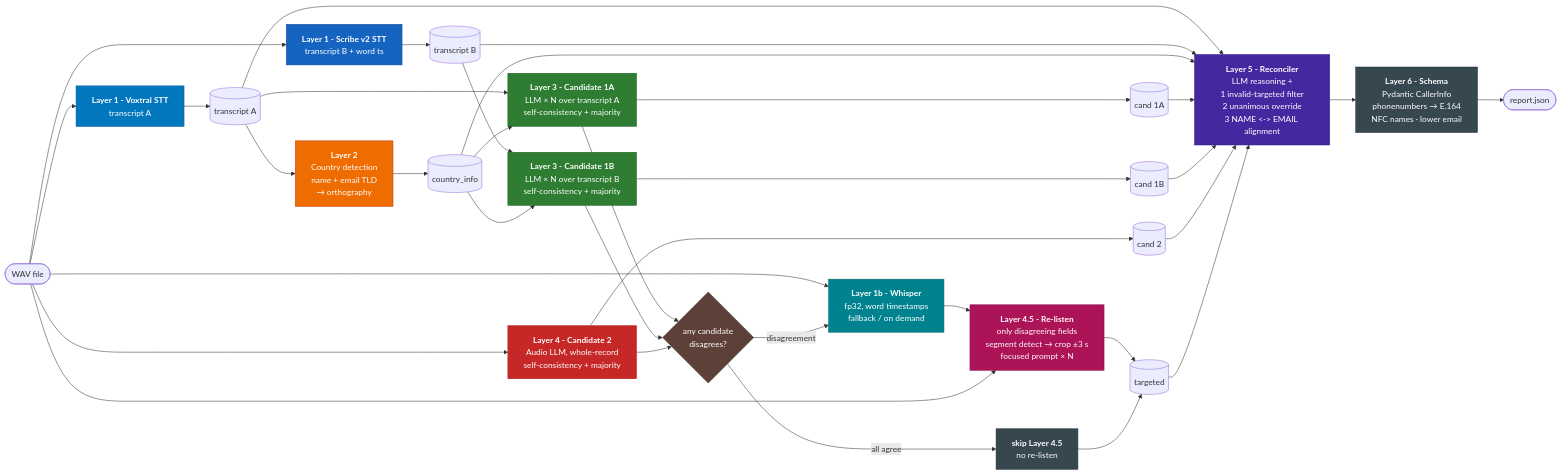
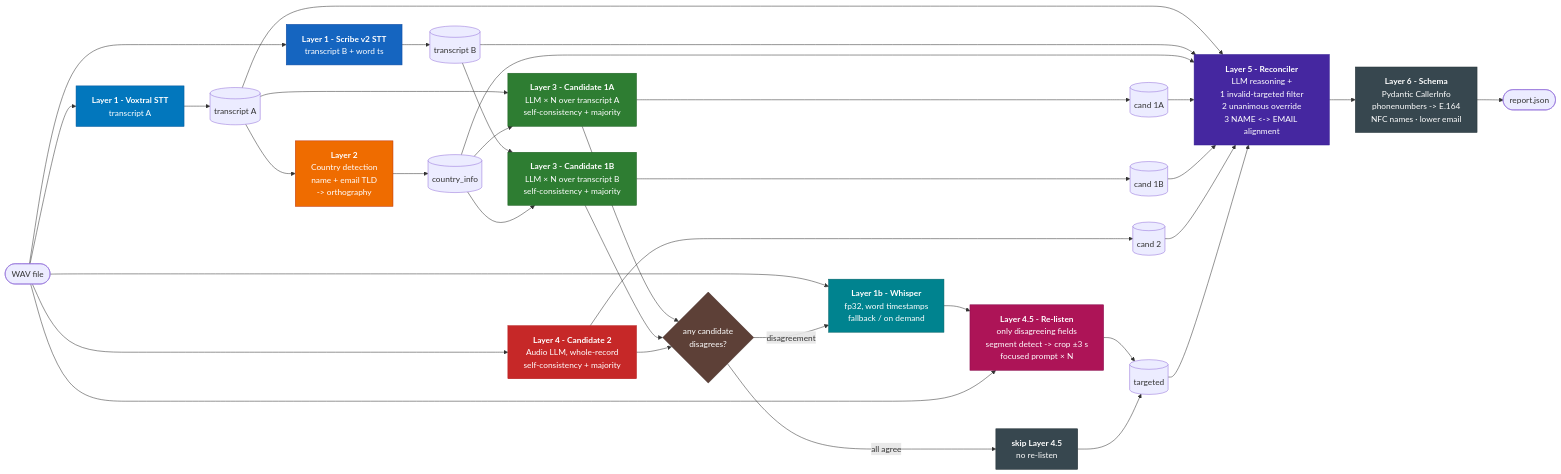
One commit to melih-unsal/phone_challange changed the first of 8 diagrams in PIPELINE.md. Above: the diagram before and after it, drawn with Mermaid. The commit also changed other lines of this file and 10 other files, not shown here.

````diff
--- a/PIPELINE.md
+++ b/PIPELINE.md
@@ -9,69 +9,69 @@
 ```mermaid
 flowchart LR
     A([WAV file]) --> L1A[<b>Layer 1 - Voxtral STT</b><br/>transcript A]
     A --> L1B[<b>Layer 1 - Scribe v2 STT</b><br/>transcript B + word ts]
     A --> L1C[<b>Layer 1b - Whisper</b><br/>fp32, word timestamps<br/>fallback / on demand]
 
     L1A --> TA[(transcript A)]
     L1B --> TB[(transcript B)]
 
-    TA --> L2[<b>Layer 2</b><br/>Country detection<br/>name + email TLD<br/>→ orthography]
+    TA --> L2[<b>Layer 2</b><br/>Country detection<br/>name + email TLD<br/>-> orthography]
     L2 --> CI[(country_info)]
 
     TA --> L3A
     TB --> L3B
     CI --> L3A[<b>Layer 3 - Candidate 1A</b><br/>LLM × N over transcript A<br/>self-consistency + majority]
     CI --> L3B[<b>Layer 3 - Candidate 1B</b><br/>LLM × N over transcript B<br/>self-consistency + majority]
 
     A  --> L4[<b>Layer 4 - Candidate 2</b><br/>Audio LLM, whole-record<br/>self-consistency + majority]
 
     L3A --> AMB{any candidate<br/>disagrees?}
     L3B --> AMB
     L4  --> AMB
     AMB -- all agree --> SKIP[<b>skip Layer 4.5</b><br/>no re-listen]
     AMB -- disagreement --> L1C
     L1C --> L45
     A   --> L45
-    L45[<b>Layer 4.5 - Re-listen</b><br/>only disagreeing fields<br/>segment detect → crop ±3 s<br/>focused prompt × N]
+    L45[<b>Layer 4.5 - Re-listen</b><br/>only disagreeing fields<br/>segment detect -> crop ±3 s<br/>focused prompt × N]
 
     L3A --> C1A[(cand 1A)]
     L3B --> C1B[(cand 1B)]
     L4  --> C2[(cand 2)]
     L45 --> CT[(targeted)]
     SKIP --> CT
 
     TA  --> L5
     TB  --> L5
     CI  --> L5
     C1A --> L5
     C1B --> L5
     C2  --> L5
     CT  --> L5
-    L5[<b>Layer 5 - Reconciler</b><br/>LLM reasoning +<br/>1 invalid-targeted filter<br/>2 unanimous override<br/>3 NAME <-> EMAIL alignment] --> L6[<b>Layer 6 - Schema</b><br/>Pydantic CallerInfo<br/>phonenumbers → E.164<br/>NFC names · lower email]
+    L5[<b>Layer 5 - Reconciler</b><br/>LLM reasoning +<br/>1 invalid-targeted filter<br/>2 unanimous override<br/>3 NAME <-> EMAIL alignment] --> L6[<b>Layer 6 - Schema</b><br/>Pydantic CallerInfo<br/>phonenumbers -> E.164<br/>NFC names · lower email]
     L6 --> O([report.json])
 
     classDef voxtral  fill:#0277bd,stroke:#01579b,color:#ffffff
     classDef scribe   fill:#1565c0,stroke:#0d47a1,color:#ffffff
     classDef whisper  fill:#00838f,stroke:#006064,color:#ffffff
     classDef country  fill:#ef6c00,stroke:#bf360c,color:#ffffff
     classDef cand1    fill:#2e7d32,stroke:#1b5e20,color:#ffffff
     classDef cand2    fill:#c62828,stroke:#b71c1c,color:#ffffff
     classDef target   fill:#ad1457,stroke:#880e4f,color:#ffffff
     classDef recon    fill:#4527a0,stroke:#311b92,color:#ffffff
     classDef schema   fill:#37474f,stroke:#263238,color:#ffffff
     classDef gate     fill:#5d4037,stroke:#3e2723,color:#ffffff
     classDef neutral  fill:#37474f,stroke:#263238,color:#ffffff
 
     class L1A voxtral
     class L1B scribe
     class L1C whisper
     class L2 country
     class L3A cand1
     class L3B cand1
     class L4 cand2
     class L45 target
     class AMB gate
     class SKIP neutral
     class L5 recon
     class L6 schema
 ```
````
